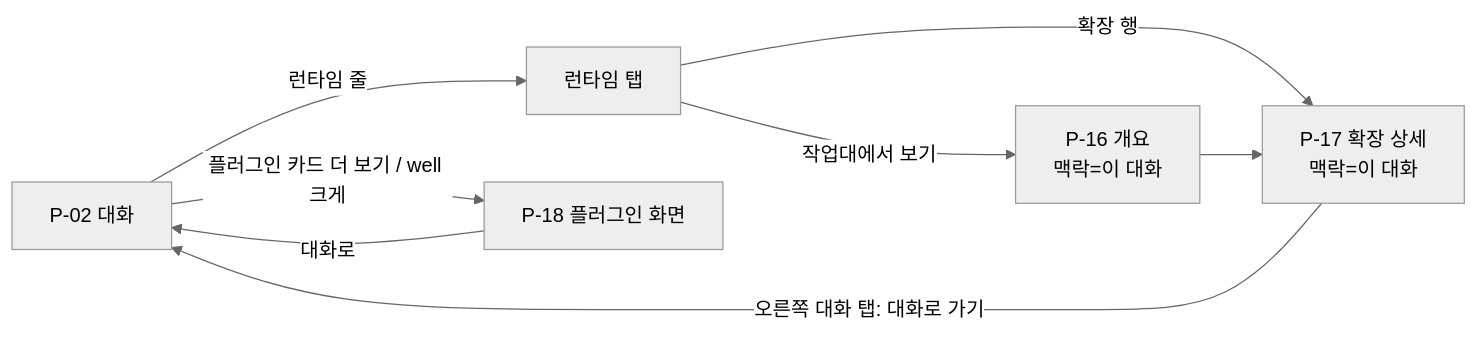
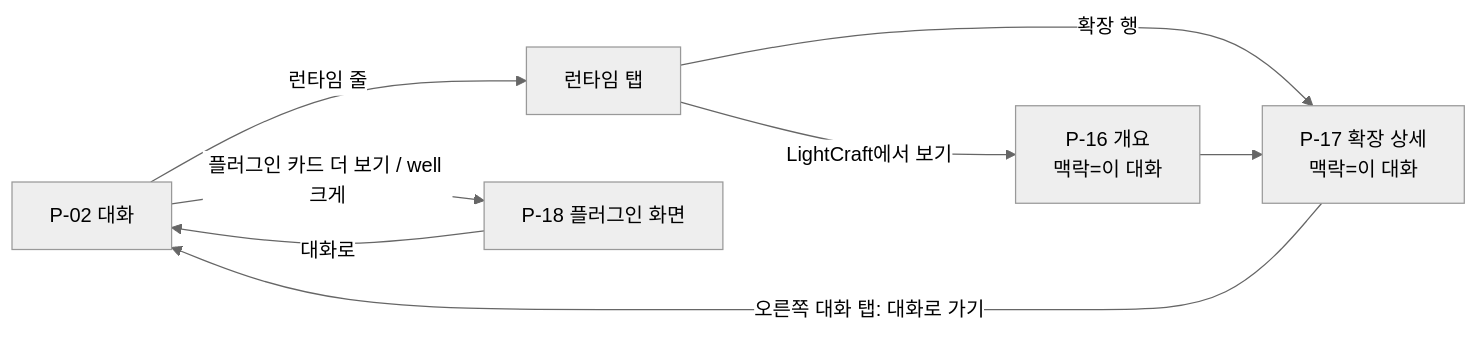
Before and after one commit to Rengod95/Helm-Agent_Docs_OS: the fifth of 6 diagrams in docs/xeon/L4/desktop-ux/spec.md, drawn with Mermaid (neutral theme). The commit also changed other lines of this file and 506 other files, not shown here.

````diff
--- a/docs/xeon/L4/desktop-ux/spec.md
+++ b/docs/xeon/L4/desktop-ux/spec.md
@@ -2646,10 +2646,10 @@
 ```mermaid
 flowchart LR
   A["P-02 대화"] -->|"런타임 줄"| B["런타임 탭"]
   B -->|"확장 행"| C["P-17 확장 상세<br/>맥락=이 대화"]
-  B -->|"작업대에서 보기"| D["P-16 개요<br/>맥락=이 대화"]
+  B -->|"LightCraft에서 보기"| D["P-16 개요<br/>맥락=이 대화"]
   A -->|"플러그인 카드 더 보기 / well 크게"| E["P-18 플러그인 화면"]
   E -->|"대화로"| A
   C -->|"오른쪽 대화 탭: 대화로 가기"| A
   D --> C
 ```
````
